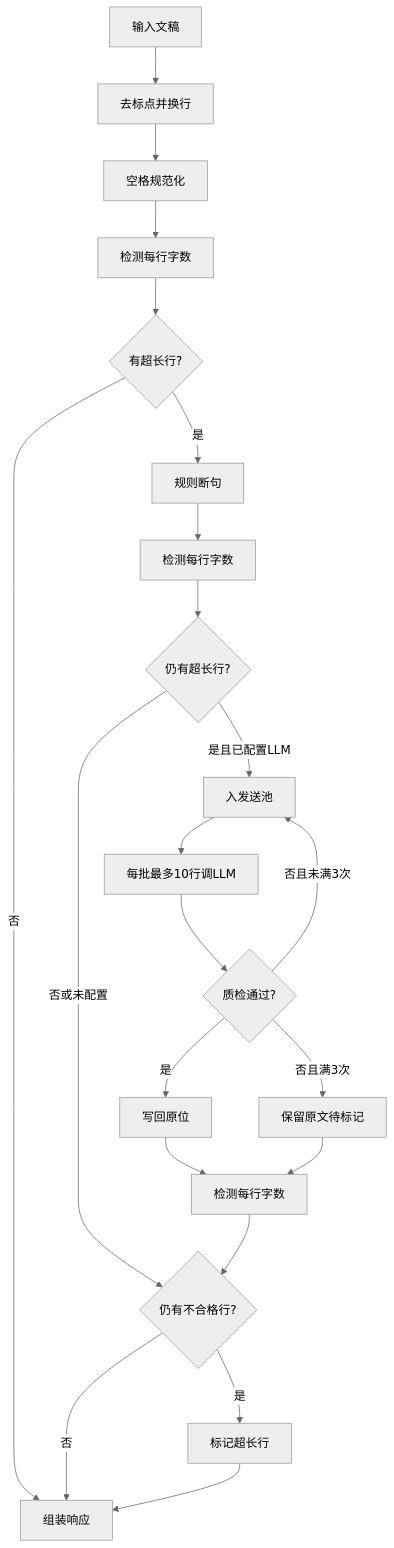
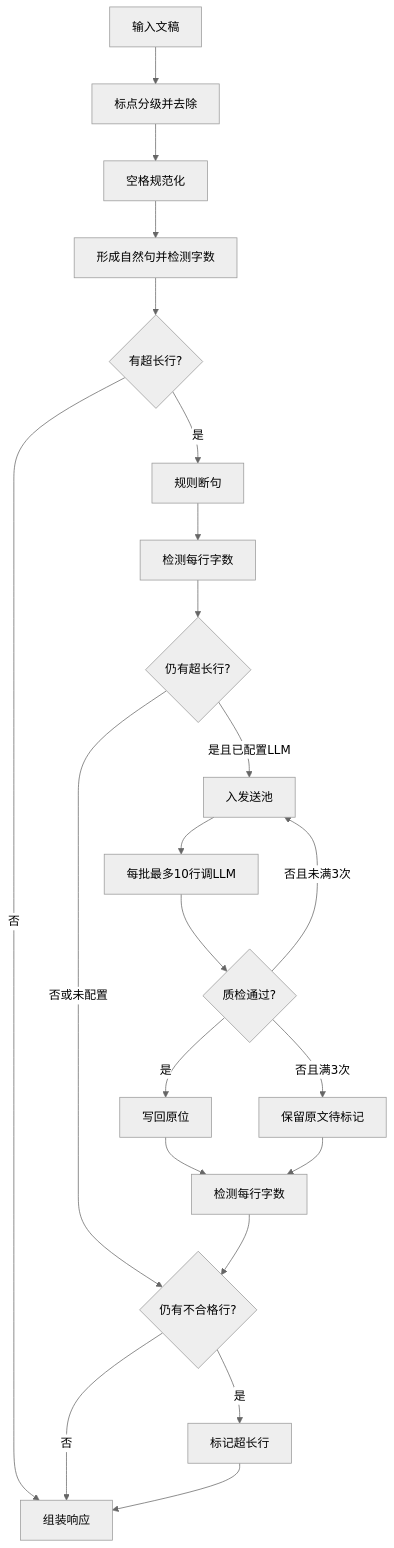
The second of 2 diagrams in docs/architecture/data-flow.md (qiuku2022/SentRealm), drawn with Mermaid (neutral theme) before and after one commit. The commit also changed other lines of this file and 34 other files, not shown here.

````diff
--- a/docs/architecture/data-flow.md
+++ b/docs/architecture/data-flow.md
@@ -62,24 +62,24 @@
 ```mermaid
 flowchart TD
-    input[输入文稿] --> punct[去标点并换行]
+    input[输入文稿] --> punct[标点分级并去除]
     punct --> space[空格规范化]
-    space --> check1[检测每行字数]
+    space --> check1[形成自然句并检测字数]
     check1 --> ruleBreak{有超长行?}
     ruleBreak -->|是| rules[规则断句]
     ruleBreak -->|否| output[组装响应]
     rules --> check2[检测每行字数]
     check2 --> llmBreak{仍有超长行?}
     llmBreak -->|是且已配置LLM| pool[入发送池]
     llmBreak -->|否或未配置| flagCheck
     pool --> batch[每批最多10行调LLM]
     batch --> quality{质检通过?}
     quality -->|是| writeBack[写回原位]
     quality -->|否且未满3次| pool
     quality -->|否且满3次| abandon[保留原文待标记]
     writeBack --> check3[检测每行字数]
     abandon --> check3
     check3 --> flagCheck{仍有不合格行?}
     flagCheck -->|是| flag[标记超长行]
     flagCheck -->|否| output
     flag --> output
 ```
````
